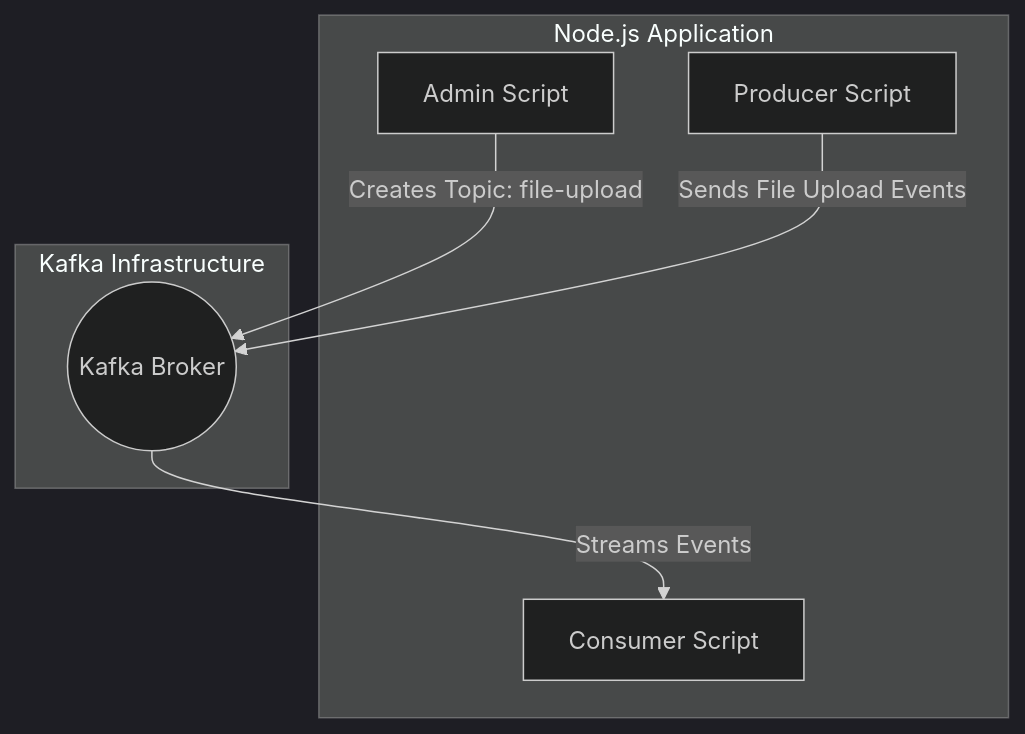
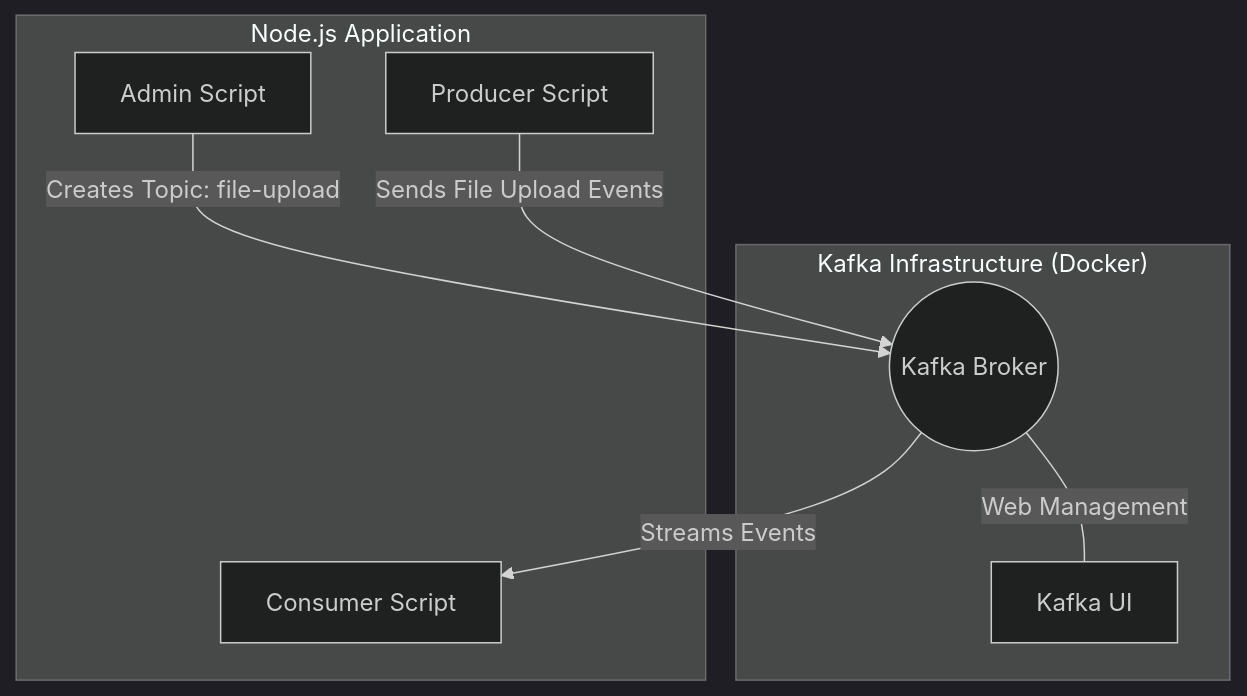
One commit to marcuwynu23/nodejs-kafka-sample changed the diagram in README.md. Above: the diagram before and after it, drawn with Mermaid (dark theme). The commit also changed other lines of this file, not shown here.

First line of the commit message:
docs: update README with Kafka UI documentation

````diff
--- a/README.md
+++ b/README.md
@@ -9,16 +9,18 @@
 ```mermaid
 graph TD
     Admin[Admin Script] -->|Creates Topic: file-upload| Kafka((Kafka Broker))
     Producer[Producer Script] -->|Sends File Upload Events| Kafka
     Kafka -->|Streams Events| Consumer[Consumer Script]
+    Kafka ---|Web Management| KafkaUI[Kafka UI]
     
     subgraph "Node.js Application"
         Admin
         Producer
         Consumer
     end
     
-    subgraph "Kafka Infrastructure"
+    subgraph "Kafka Infrastructure (Docker)"
         Kafka
+        KafkaUI
     end
 ```
````
